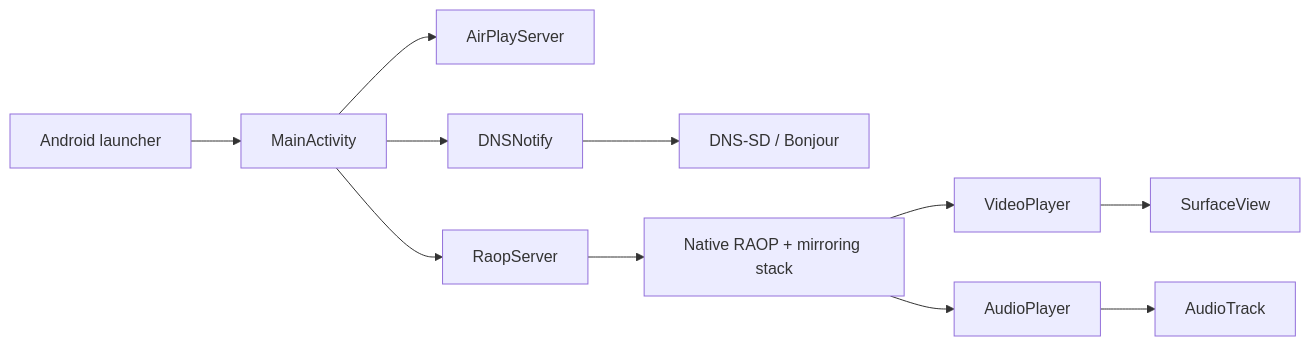
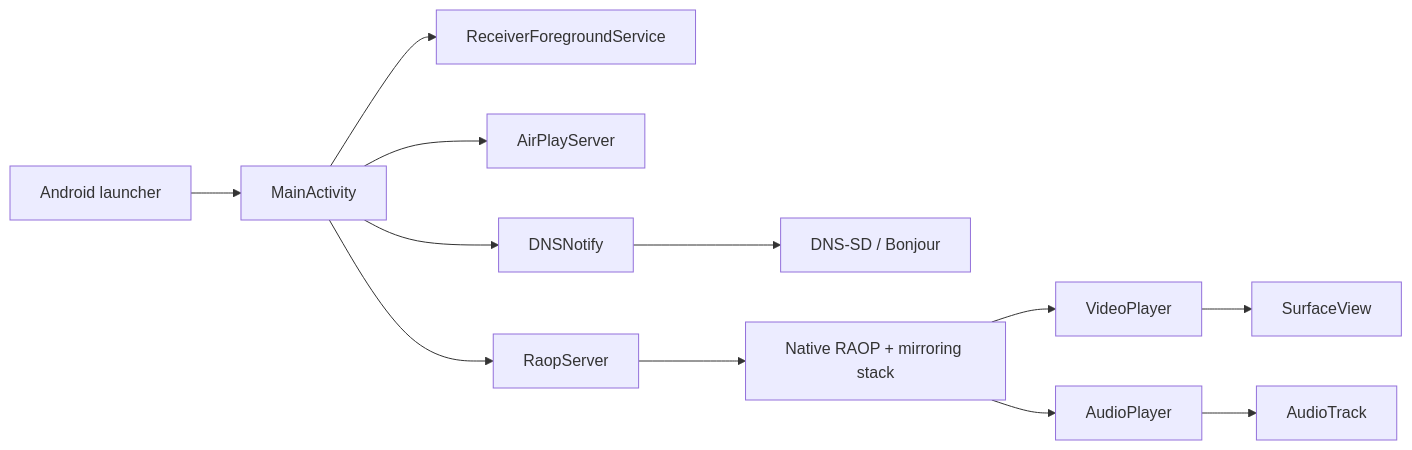
Before and after one commit to lekandigital/kotlin-airplay-receiver: the diagram in docs/architecture.md, drawn with Mermaid. The commit also changed other lines of this file and 9 other files, not shown here.

Commit message:
Keep receiver foreground and reduce latency

````diff
--- a/docs/architecture.md
+++ b/docs/architecture.md
@@ -19,13 +19,14 @@
 ```mermaid
 flowchart LR
     Launcher["Android launcher"] --> Activity["MainActivity"]
+    Activity --> Foreground["ReceiverForegroundService"]
     Activity --> AirPlay["AirPlayServer"]
     Activity --> RAOP["RaopServer"]
     Activity --> DNS["DNSNotify"]
     DNS --> Bonjour["DNS-SD / Bonjour"]
     RAOP --> Native["Native RAOP + mirroring stack"]
     Native --> Video["VideoPlayer"]
     Native --> Audio["AudioPlayer"]
     Video --> Surface["SurfaceView"]
     Audio --> Track["AudioTrack"]
 ```
````
